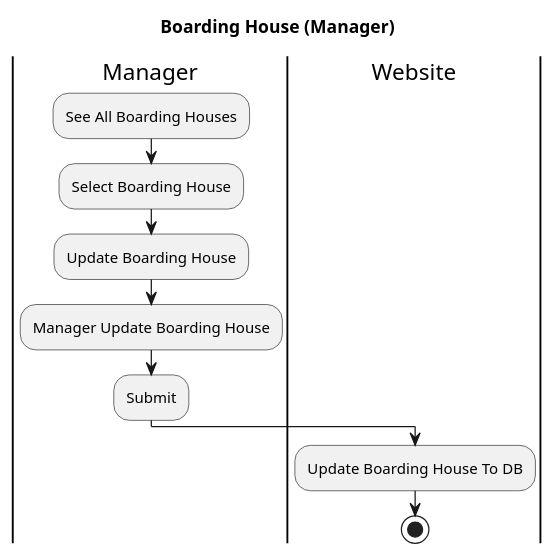
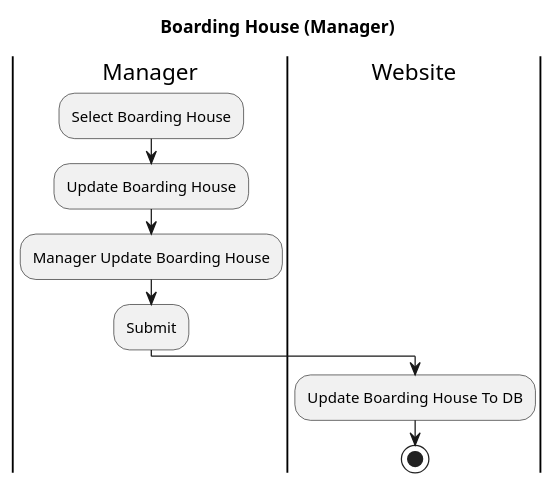
One commit to AntWort21/BHFMS changed the diagram in Design/BHFMS_ACTIVITY/Boarding House (Manager) Update.puml. Above: the diagram before and after it, drawn with PlantUML. The commit also changed 2 other files, not shown here.

Commit message:
Update Boarding House Activity
Update Boarding House to separate with view

```diff
--- a/Design/BHFMS_ACTIVITY/Boarding House (Manager) Update.puml
+++ b/Design/BHFMS_ACTIVITY/Boarding House (Manager) Update.puml
@@ -1,13 +1,12 @@
 @startuml
 title Boarding House (Manager)
 |Manager|
-    :See All Boarding Houses;
     :Select Boarding House;
     :Update Boarding House;
     :Manager Update Boarding House;
     :Submit;
         
 |Website|
     :Update Boarding House To DB;
     stop
 @enduml
```
